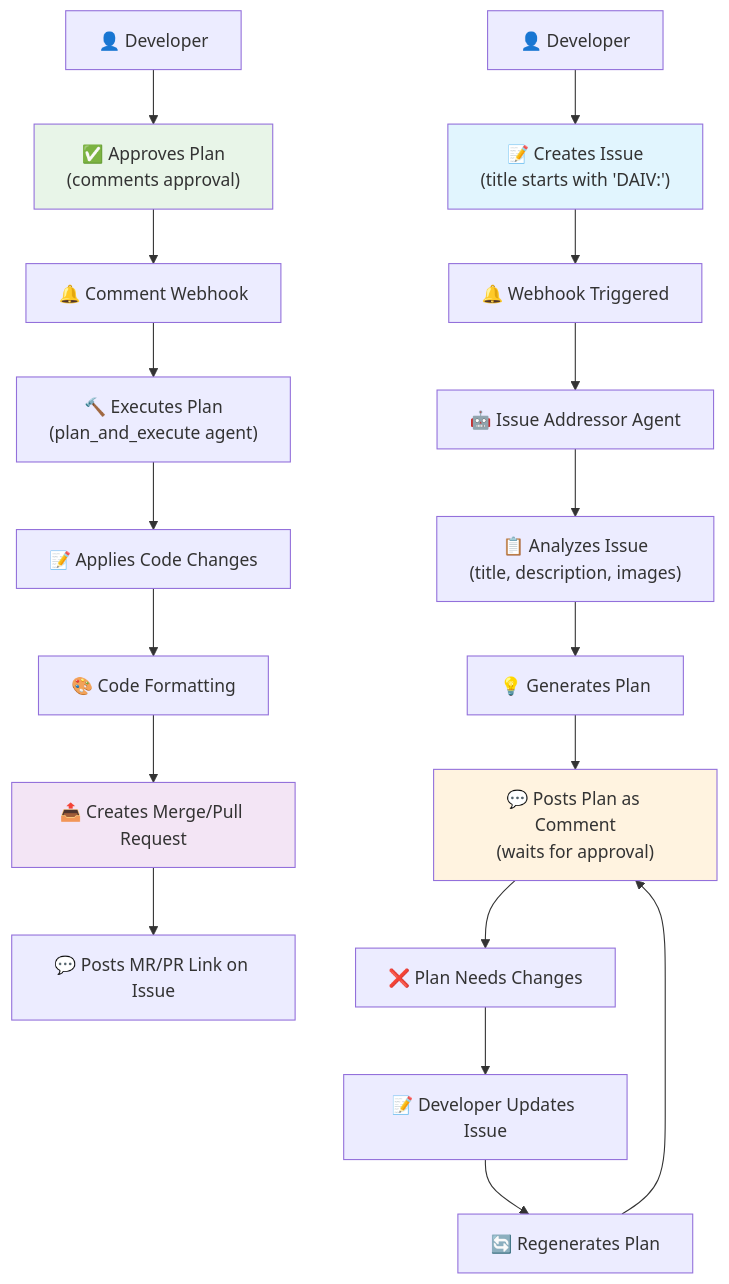
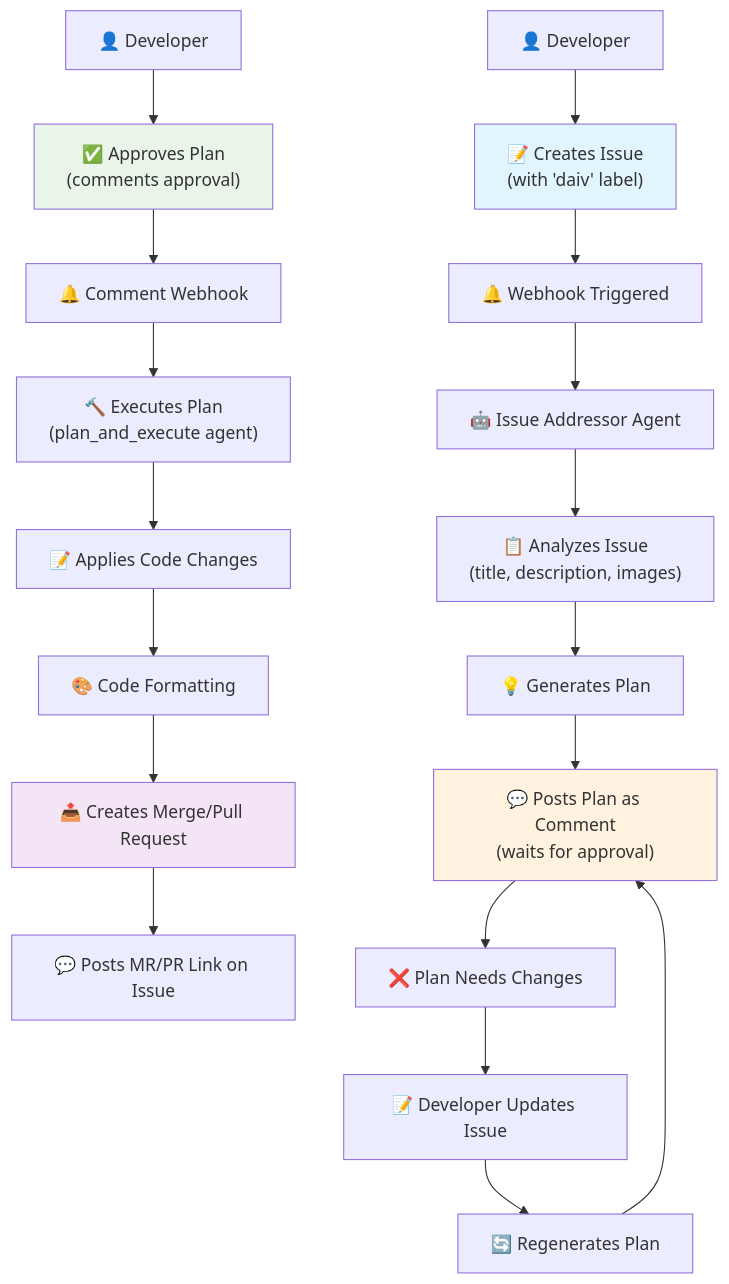
The diagram in docs/features/issue-addressor.md (srtab/daiv), drawn with Mermaid before and after one commit. The commit also changed other lines of this file and 12 other files, not shown here.

````diff
--- a/docs/features/issue-addressor.md
+++ b/docs/features/issue-addressor.md
@@ -106,27 +107,27 @@
 ```mermaid
 graph TD
-    A["👤 Developer"] --> B["📝 Creates Issue<br/>(title starts with 'DAIV:')"]
+    A["👤 Developer"] --> B["📝 Creates Issue<br/>(with 'daiv' label)"]
     B --> C["🔔 Webhook Triggered"]
     C --> D["🤖 Issue Addressor Agent"]
     D --> E["📋 Analyzes Issue<br/>(title, description, images)"]
     E --> F["💡 Generates Plan"]
     F --> G["💬 Posts Plan as Comment<br/>(waits for approval)"]
 
     H["👤 Developer"] --> I["✅ Approves Plan<br/>(comments approval)"]
     I --> J["🔔 Comment Webhook"]
     J --> K["🔨 Executes Plan<br/>(plan_and_execute agent)"]
     K --> L["📝 Applies Code Changes"]
     L --> M["🎨 Code Formatting"]
     M --> N["📤 Creates Merge/Pull Request"]
     N --> O["💬 Posts MR/PR Link on Issue"]
 
     G --> P["❌ Plan Needs Changes"]
     P --> Q["📝 Developer Updates Issue"]
     Q --> R["🔄 Regenerates Plan"]
     R --> G
 
     style B fill:#e1f5fe
     style G fill:#fff3e0
     style I fill:#e8f5e8
     style N fill:#f3e5f5
 ```
````
